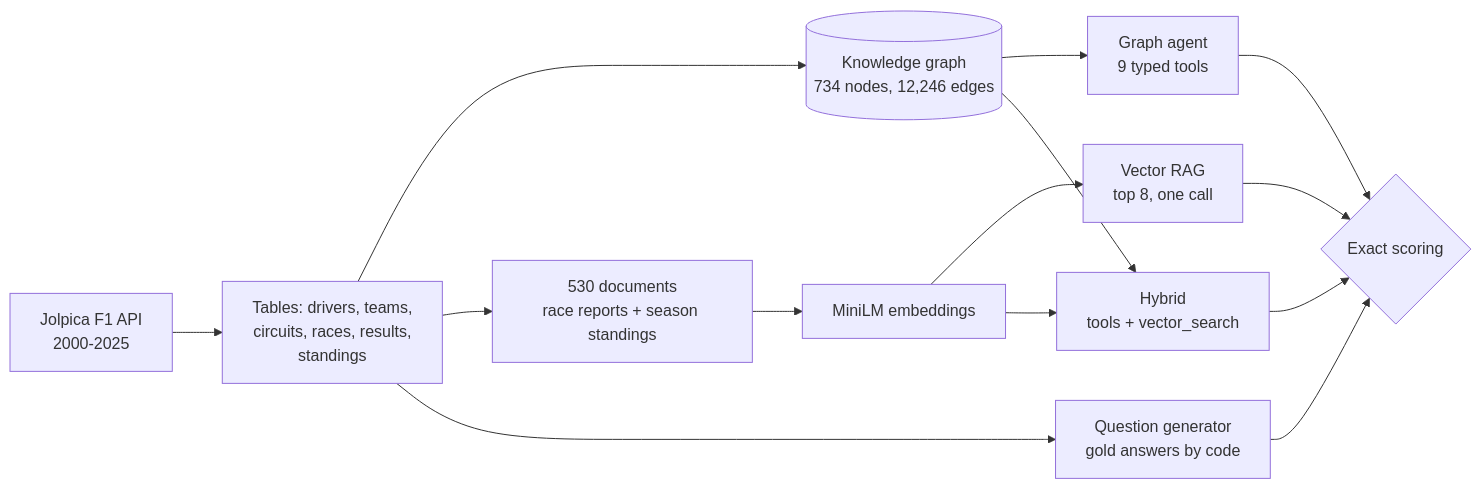
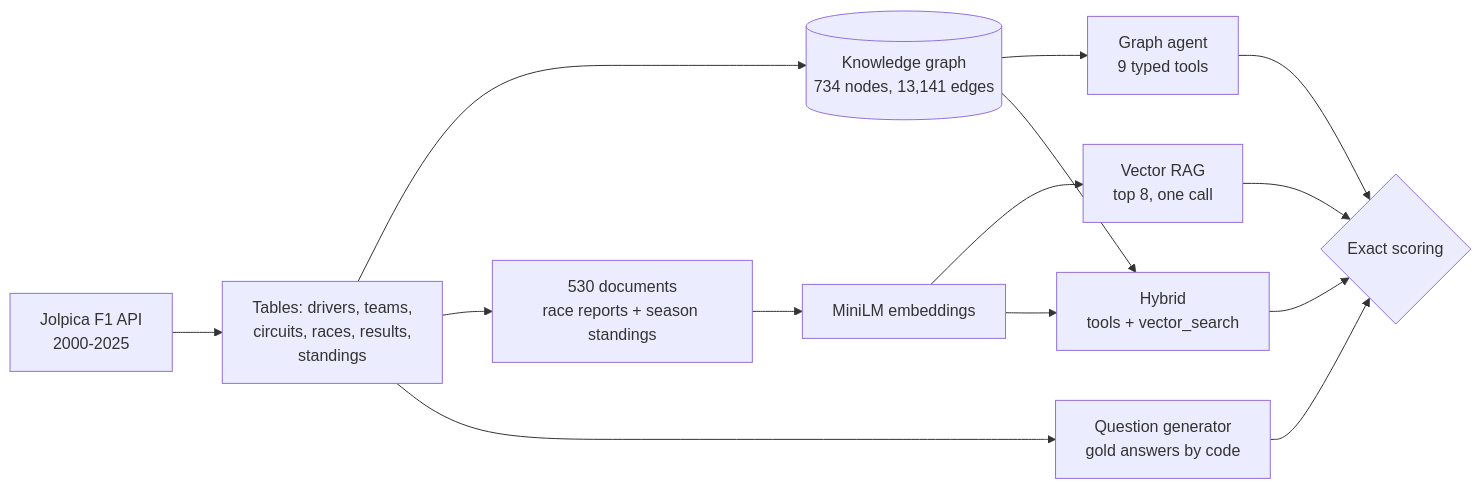
One commit to dojedaro/f1-graphrag changed the diagram in README.md. Above: the diagram before and after it, drawn with Mermaid. The commit also changed other lines of this file and 6 other files, not shown here.

First line of the commit message:
Tools traverse the graph; explicit tool dispatch

````diff
--- a/README.md
+++ b/README.md
@@ -79,13 +79,13 @@
 ```mermaid
 flowchart LR
     API[Jolpica F1 API<br/>2000-2025] --> T[Tables: drivers, teams,<br/>circuits, races, results,<br/>standings]
-    T --> G[(Knowledge graph<br/>734 nodes, 12,246 edges)]
+    T --> G[(Knowledge graph<br/>734 nodes, 13,141 edges)]
     T --> D[530 documents<br/>race reports + season standings]
     T --> Q[Question generator<br/>gold answers by code]
     D --> E[MiniLM embeddings] --> V[Vector RAG<br/>top 8, one call]
     G --> A[Graph agent<br/>9 typed tools]
     G --> H[Hybrid<br/>tools + vector_search]
     E --> H
     Q --> S{Exact scoring}
     V & A & H --> S
 ```
````
